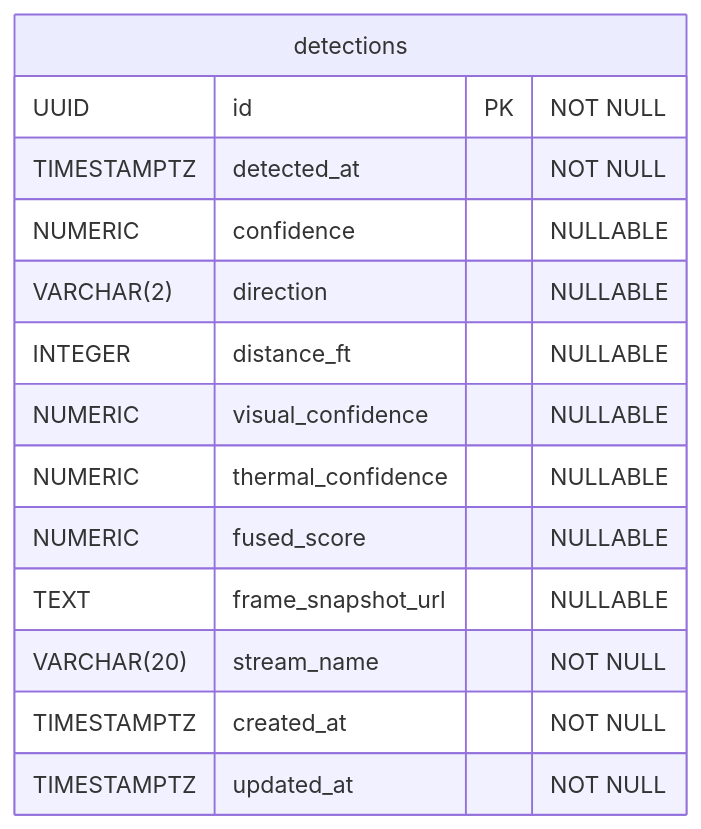
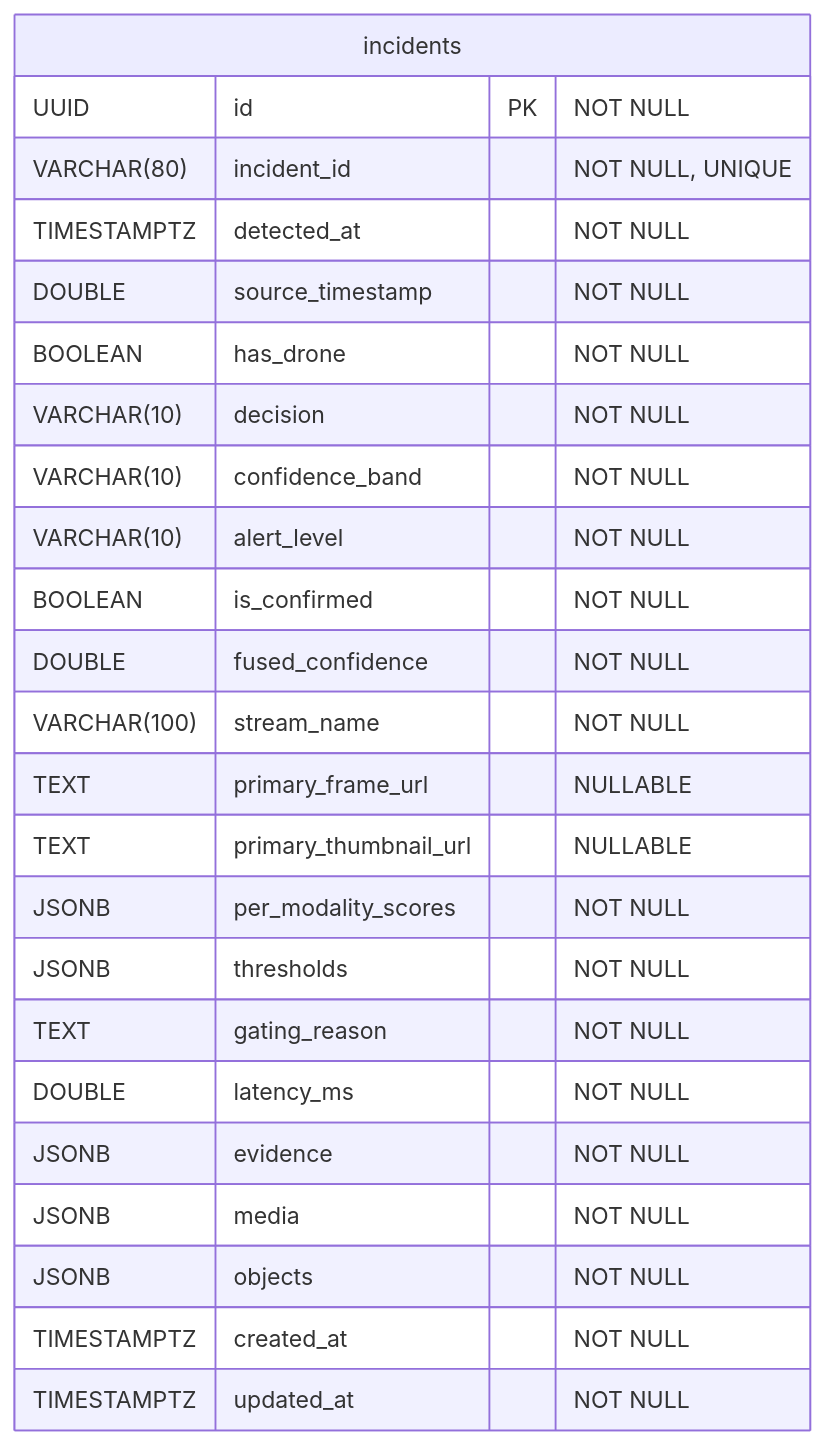
The diagram in sql/schema-diagram.md (azizs1/multimodal-drone-detection), drawn with Mermaid before and after one commit. The commit also changed other lines of this file and 19 other files, not shown here.

````diff
--- a/sql/schema-diagram.md
+++ b/sql/schema-diagram.md
@@ -5,18 +5,28 @@
 ```mermaid
 erDiagram
-    detections {
+    incidents {
         UUID id PK "NOT NULL"
+        VARCHAR(80) incident_id "NOT NULL, UNIQUE"
         TIMESTAMPTZ detected_at "NOT NULL"
-        NUMERIC confidence "NULLABLE"
-        VARCHAR(2) direction "NULLABLE"
-        INTEGER distance_ft "NULLABLE"
-        NUMERIC visual_confidence "NULLABLE"
-        NUMERIC thermal_confidence "NULLABLE"
-        NUMERIC fused_score "NULLABLE"
-        TEXT frame_snapshot_url "NULLABLE"
-        VARCHAR(20) stream_name "NOT NULL"
+        DOUBLE source_timestamp "NOT NULL"
+        BOOLEAN has_drone "NOT NULL"
+        VARCHAR(10) decision "NOT NULL"
+        VARCHAR(10) confidence_band "NOT NULL"
+        VARCHAR(10) alert_level "NOT NULL"
+        BOOLEAN is_confirmed "NOT NULL"
+        DOUBLE fused_confidence "NOT NULL"
+        VARCHAR(100) stream_name "NOT NULL"
+        TEXT primary_frame_url "NULLABLE"
+        TEXT primary_thumbnail_url "NULLABLE"
+        JSONB per_modality_scores "NOT NULL"
+        JSONB thresholds "NOT NULL"
+        TEXT gating_reason "NOT NULL"
+        DOUBLE latency_ms "NOT NULL"
+        JSONB evidence "NOT NULL"
+        JSONB media "NOT NULL"
+        JSONB objects "NOT NULL"
         TIMESTAMPTZ created_at "NOT NULL"
         TIMESTAMPTZ updated_at "NOT NULL"
     }
 
 ```
````
